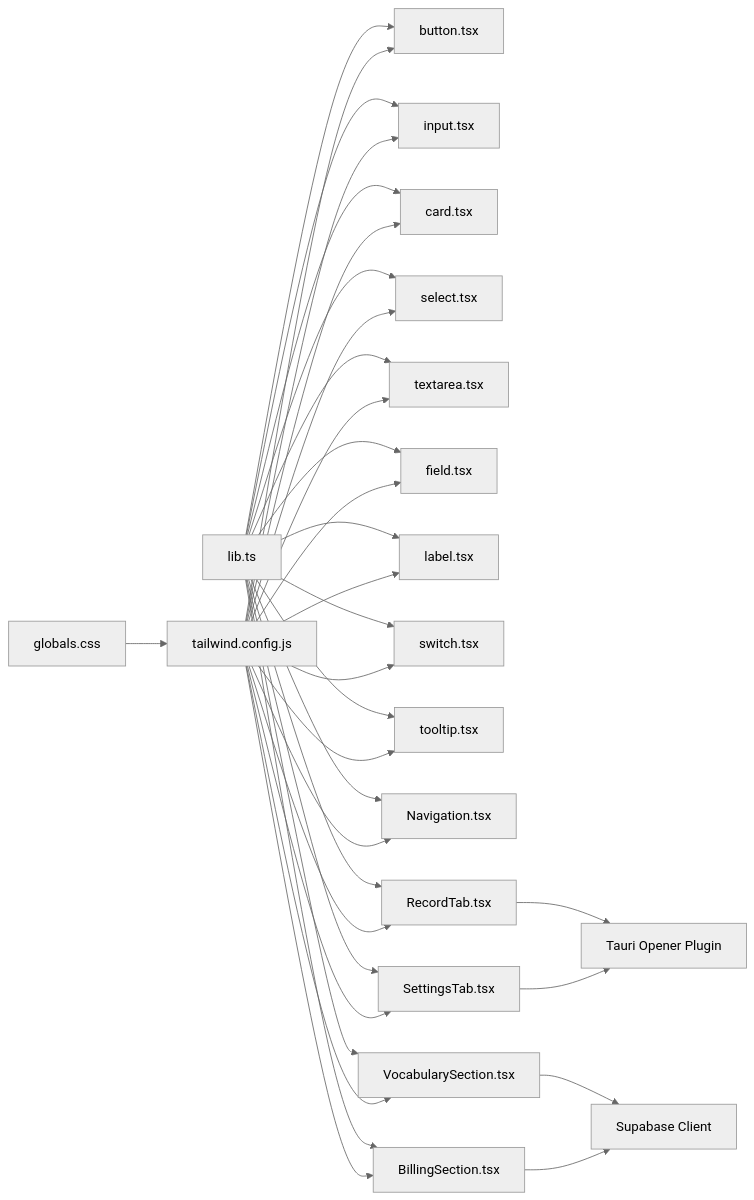
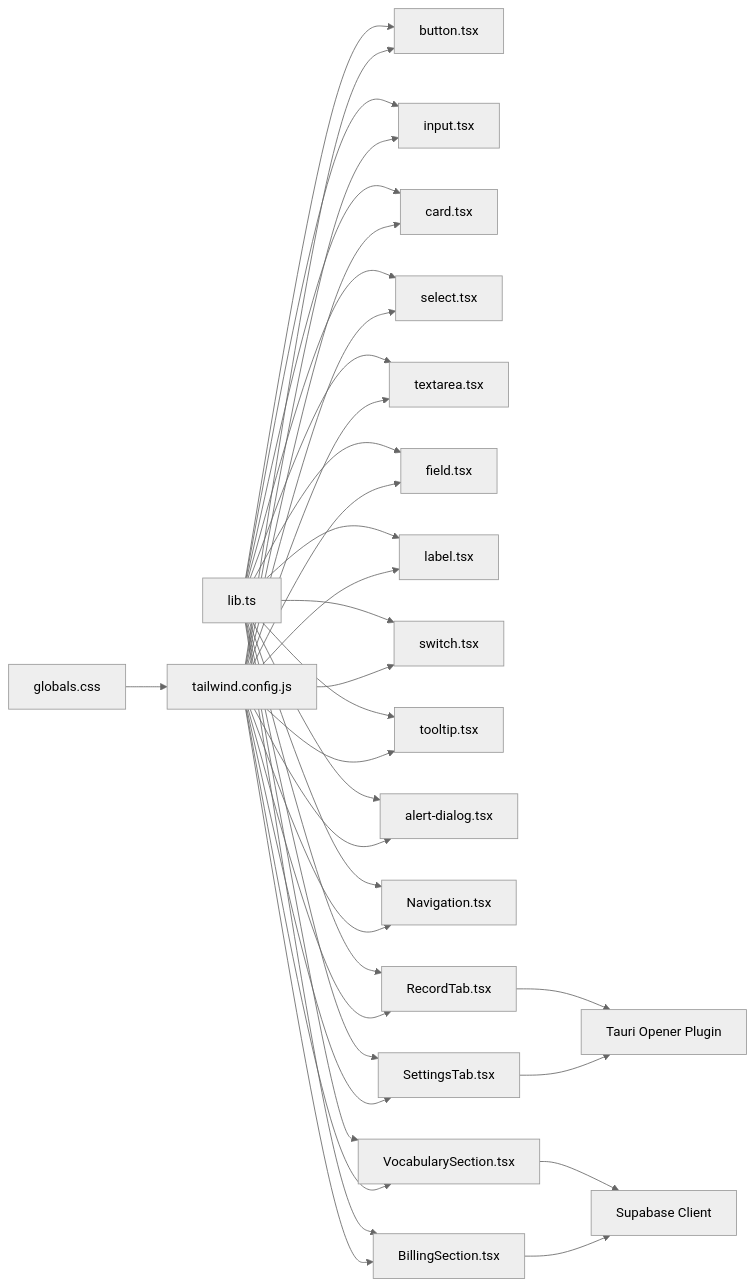
Before and after one commit to navgurukul/oscar: the tenth of 10 diagrams in .qoder/repowiki/en/content/UI Component Library/UI Component Library.md, drawn with Mermaid (neutral theme). The commit also changed other lines of this file and 9 other files, not shown here.

Commit message:
feat(settings): add multi-section settings architecture with lazy-loaded components

````diff
--- a/.qoder/repowiki/en/content/UI Component Library/UI Component Library.md
+++ b/.qoder/repowiki/en/content/UI Component Library/UI Component Library.md
@@ -679,53 +739,56 @@
 ```mermaid
 graph LR
 LIB["lib.ts"]
 TW["tailwind.config.js"]
 CSS["globals.css"]
 BTN["button.tsx"]
 INP["input.tsx"]
 CAR["card.tsx"]
 SEL["select.tsx"]
 TXT["textarea.tsx"]
 FLD["field.tsx"]
 LBL["label.tsx"]
 SW["switch.tsx"]
 TIP["tooltip.tsx"]
+AD["alert-dialog.tsx"]
 NAV["Navigation.tsx"]
 RT["RecordTab.tsx"]
 VS["VocabularySection.tsx"]
 BS["BillingSection.tsx"]
 STS["SettingsTab.tsx"]
 LIB --> BTN
 LIB --> INP
 LIB --> CAR
 LIB --> SEL
 LIB --> TXT
 LIB --> FLD
 LIB --> LBL
 LIB --> SW
 LIB --> TIP
+LIB --> AD
 LIB --> NAV
 LIB --> RT
 LIB --> VS
 LIB --> BS
 LIB --> STS
 TW --> BTN
 TW --> INP
 TW --> CAR
 TW --> SEL
 TW --> TXT
 TW --> FLD
 TW --> LBL
 TW --> SW
 TW --> TIP
+TW --> AD
 TW --> NAV
 TW --> RT
 TW --> VS
 TW --> BS
 TW --> STS
 CSS --> TW
 VS --> SUPABASE["Supabase Client"]
 BS --> SUPABASE
 RT --> TAURI["Tauri Opener Plugin"]
 STS --> TAURI
 ```
````
